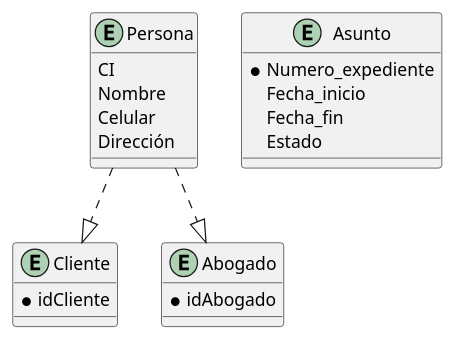
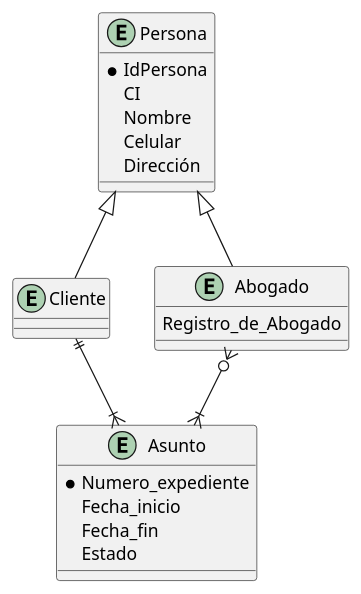
One commit to DiegoPeredo/BASDAT changed the diagram in Asunto(Especialización).puml. Above: the diagram before and after it, drawn with PlantUML.

Commit message:
Modificaciones y optimización en el código

```diff
--- a/Asunto(Especialización).puml
+++ b/Asunto(Especialización).puml
@@ -1,27 +1,27 @@
 @startuml Asunto
-entity "Persona" as ePersona {
+entity Persona {
+  * IdPersona
   CI
   Nombre
   Celular
   Dirección
 }
 
-entity "Cliente" as eCliente {
-  * idCliente
+entity Cliente extends Persona {
 }
 
-entity "Asunto" as eAsunto{
+entity Asunto{
   *Numero_expediente
   Fecha_inicio
   Fecha_fin
   Estado
 }
 
-entity "Abogado" as eAbogado {
-  * idAbogado
+entity Abogado extends Persona {
+  Registro_de_Abogado
 }	
 
-ePersona ..|> eCliente
-ePersona ..|> eAbogado
+Cliente ||--|{ Asunto
+Abogado }o--|{ Asunto   
 
 @enduml
```
